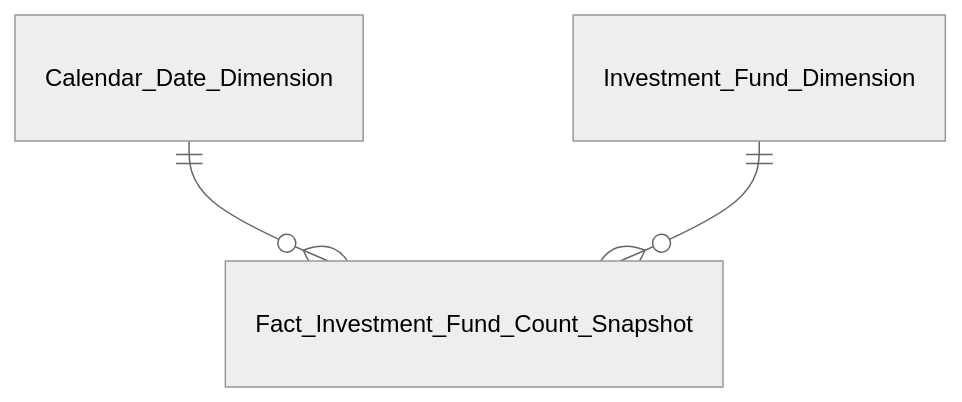
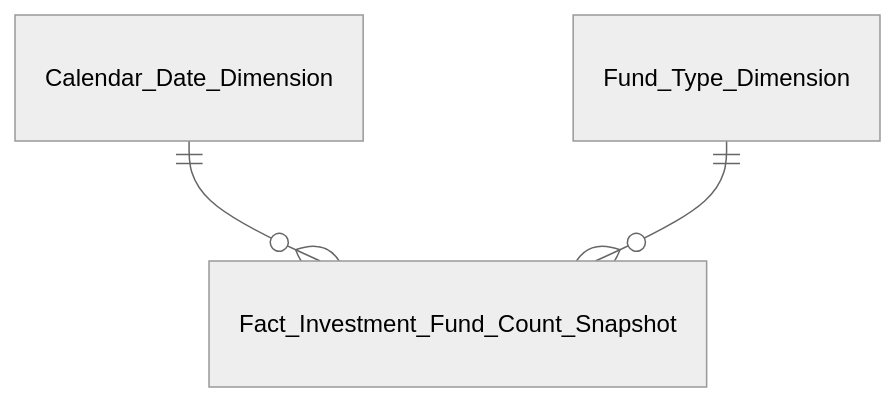
The third of 9 diagrams in Datamart/hld/DTM_QLQ_Entities.md (linhlvit/ubck_atomic_design), drawn with Mermaid (neutral theme) before and after one commit. The commit also changed other lines of this file and 17 other files, not shown here.

First line of the commit message:
feat(QLQ): dong bo thiet ke theo code dev (Fund Type Dimension, FK fund_type_id, snpst_cdr_dt)

````diff
--- a/Datamart/hld/DTM_QLQ_Entities.md
+++ b/Datamart/hld/DTM_QLQ_Entities.md
@@ -64,5 +64,5 @@
 ```mermaid
 erDiagram
     Calendar_Date_Dimension ||--o{ Fact_Investment_Fund_Count_Snapshot : " "
-    Investment_Fund_Dimension ||--o{ Fact_Investment_Fund_Count_Snapshot : " "
+    Fund_Type_Dimension ||--o{ Fact_Investment_Fund_Count_Snapshot : " "
 ```
````
